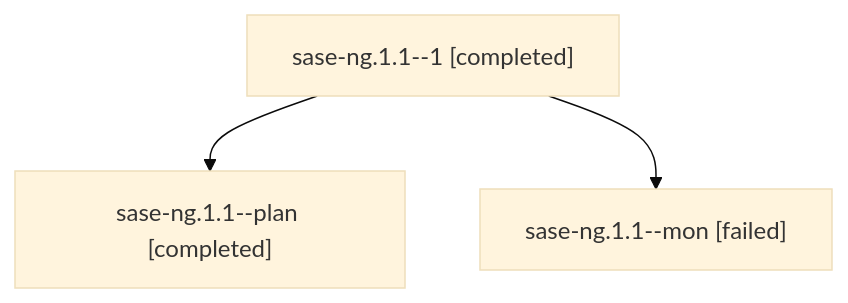
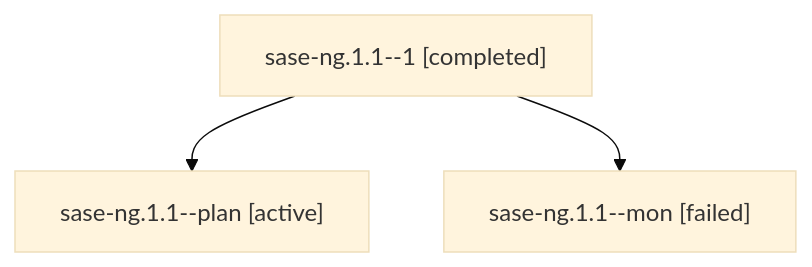
One commit to sase-org/sase--agents changed the diagram in families/bbugyi200.athena.sase-ng.1.1.md. Above: the diagram before and after it, drawn with Mermaid (base theme). The commit also changed other lines of this file and 35830 other files, not shown here.

````diff
--- a/families/bbugyi200.athena.sase-ng.1.1.md
+++ b/families/bbugyi200.athena.sase-ng.1.1.md
@@ -9,8 +9,8 @@
 ```mermaid
 flowchart TD
   n0["sase-ng.1.1--1 [completed]"]
-  n1["sase-ng.1.1--plan [completed]"]
+  n1["sase-ng.1.1--plan [active]"]
   n0 --> n1
   n2["sase-ng.1.1--mon [failed]"]
   n0 --> n2
 ```
````
